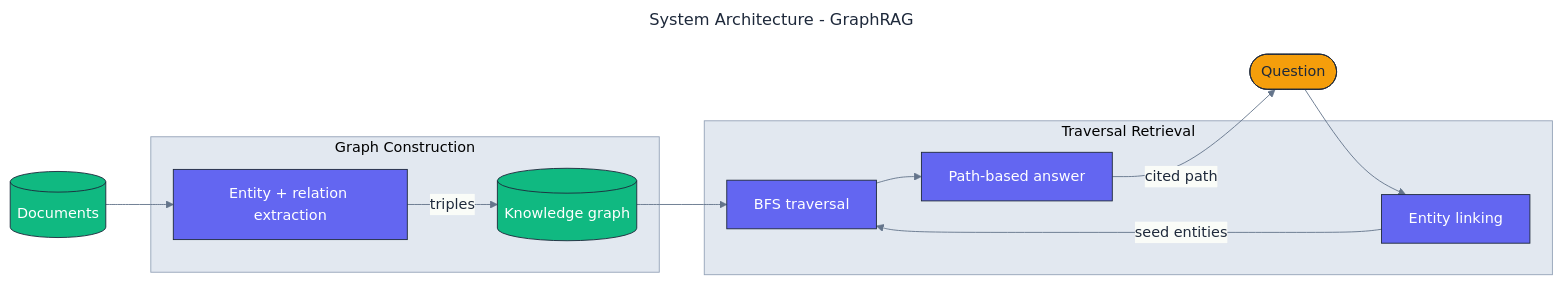
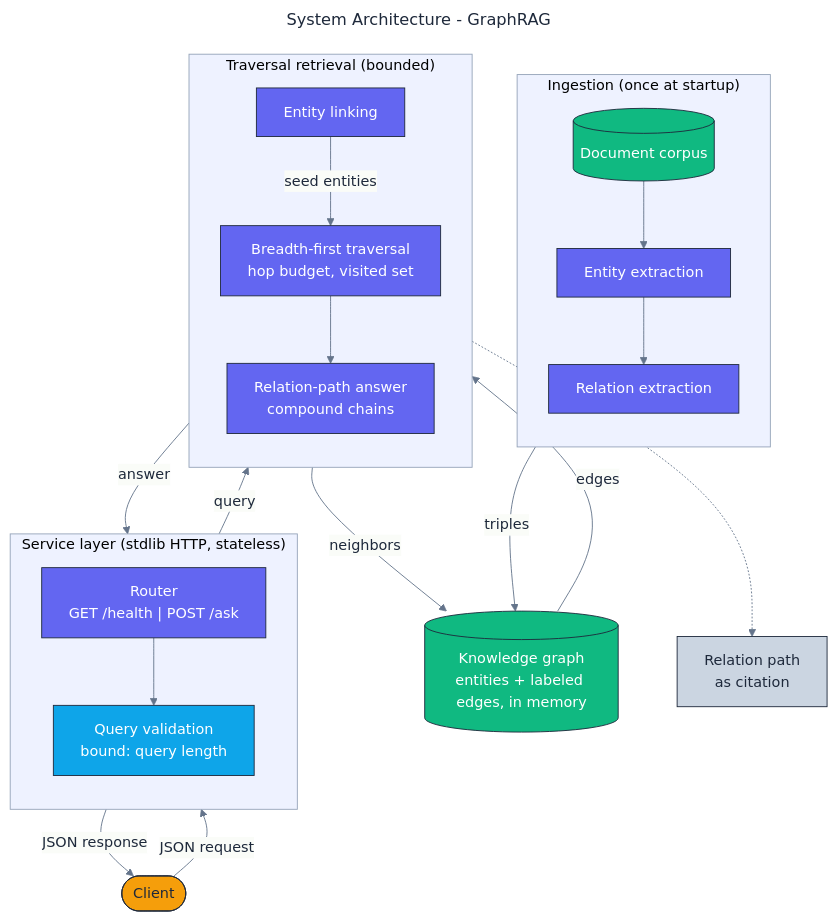
One commit to adeoluo/graphrag changed the diagram in docs/architecture/architecture.mmd. Above: the diagram before and after it, drawn with Mermaid. The commit also changed 9 other files, not shown here.

First line of the commit message:
feat: add HTTP service, stress benchmark, and operations documentation

```diff
--- a/docs/architecture/architecture.mmd
+++ b/docs/architecture/architecture.mmd
@@ -1,39 +1,54 @@
 ---
 title: System Architecture - GraphRAG
 config:
   theme: base
   themeVariables:
     fontFamily: "Inter, system-ui, sans-serif"
     primaryColor: "#F8FAFC"
     primaryBorderColor: "#1E293B"
     primaryTextColor: "#1E293B"
     lineColor: "#64748B"
-    clusterBkg: "#E2E8F0"
+    clusterBkg: "#EEF2FF"
     clusterBorder: "#94A3B8"
 ---
-flowchart LR
+flowchart TB
+    classDef edge     fill:#F59E0B,stroke:#1E293B,color:#1E293B,stroke-width:1px;
     classDef core     fill:#6366F1,stroke:#1E293B,color:#ffffff,stroke-width:1px;
     classDef data     fill:#10B981,stroke:#1E293B,color:#ffffff,stroke-width:1px;
-    classDef external fill:#F59E0B,stroke:#1E293B,color:#1E293B,stroke-width:1px;
+    classDef control  fill:#0EA5E9,stroke:#1E293B,color:#ffffff,stroke-width:1px;
+    classDef obs      fill:#CBD5E1,stroke:#1E293B,color:#1E293B,stroke-width:1px;
 
-    Docs[(Documents)]:::data
-    Question([Question]):::external
+    Client([Client]):::edge
 
-    subgraph Build["Graph Construction"]
-        Extract[Entity + relation extraction]:::core
-        Graph[(Knowledge graph)]:::data
+    subgraph Ingest["Ingestion (once at startup)"]
+        direction TB
+        Docs[(Document corpus)]:::data
+        Entities[Entity extraction]:::core
+        Relations[Relation extraction]:::core
     end
 
-    subgraph Retrieve["Traversal Retrieval"]
-        Link[Entity linking]:::core
-        Traverse[BFS traversal]:::core
-        Answer[Path-based answer]:::core
+    subgraph Edge["Service layer (stdlib HTTP, stateless)"]
+        direction TB
+        Router["Router<br/>GET /health | POST /ask"]:::core
+        Validate["Query validation<br/>bound: query length"]:::control
     end
 
-    Docs --> Extract
-    Extract -->|triples| Graph
-    Question --> Link
-    Link -->|seed entities| Traverse
-    Graph --> Traverse
-    Traverse --> Answer
-    Answer -->|cited path| Question
+    subgraph Retrieve["Traversal retrieval (bounded)"]
+        direction TB
+        Link[Entity linking]:::core
+        BFS["Breadth-first traversal<br/>hop budget, visited set"]:::core
+        PathRead["Relation-path answer<br/>compound chains"]:::core
+    end
+
+    Graph[(Knowledge graph<br/>entities + labeled edges, in memory)]:::data
+    Trace["Relation path<br/>as citation"]:::obs
+
+    Docs --> Entities --> Relations -->|triples| Graph
+    Client -->|JSON request| Router --> Validate
+    Validate -->|query| Link
+    Link -->|seed entities| BFS
+    BFS -->|neighbors| Graph
+    Graph -->|edges| BFS
+    BFS --> PathRead
+    PathRead -->|answer| Router -->|JSON response| Client
+    PathRead -.-> Trace
```
